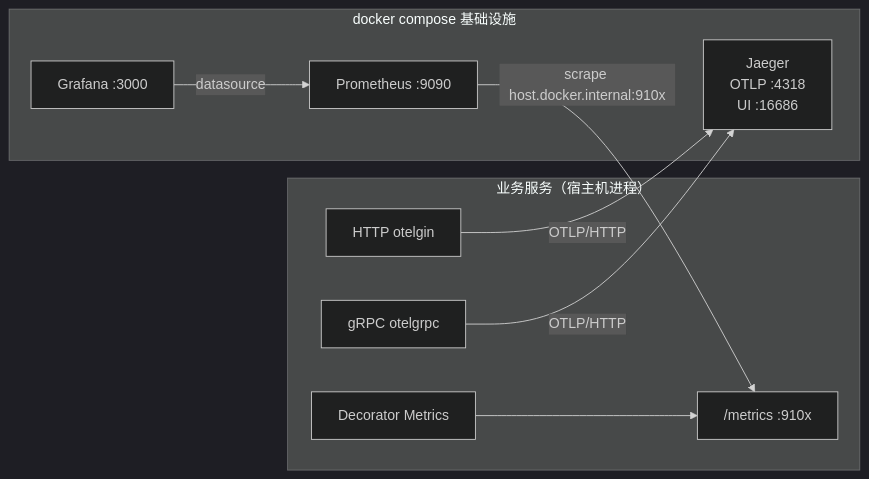
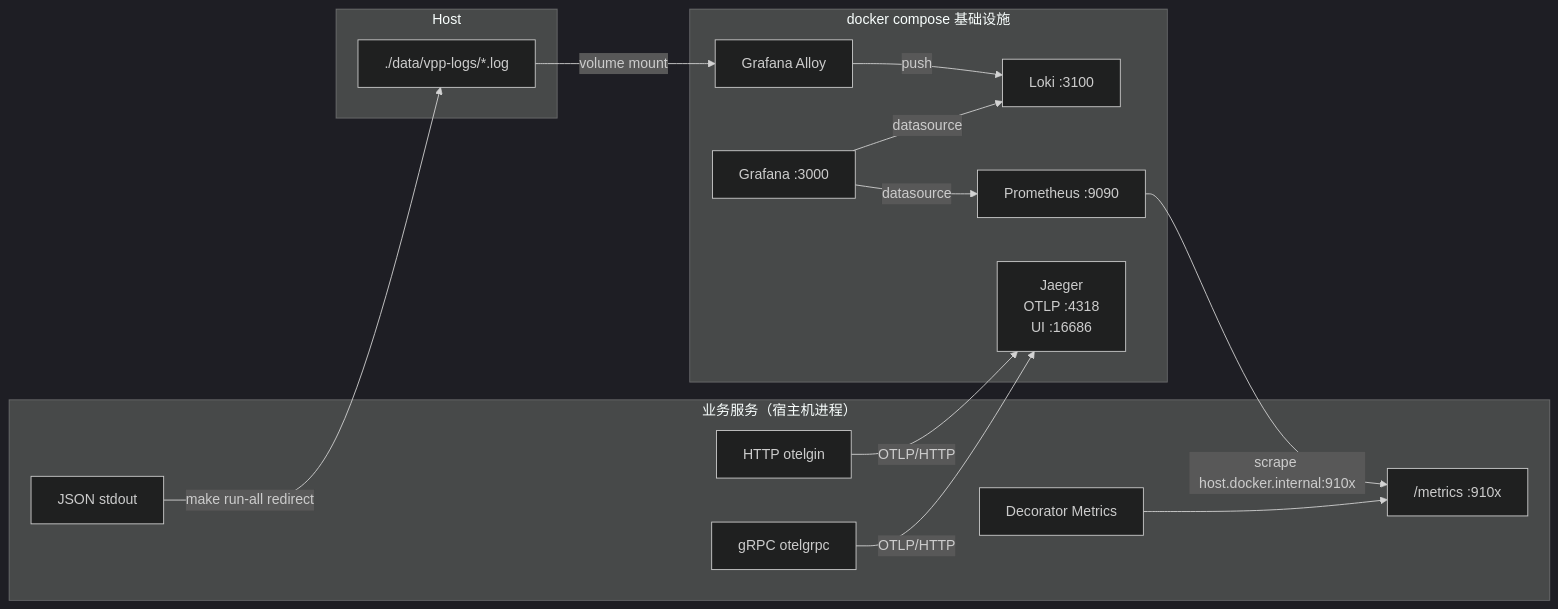
Before and after one commit to mushroomyuan/vpp-backend: the first of 3 diagrams in observability.md, drawn with Mermaid (dark theme). The commit also changed other lines of this file and 53 other files, not shown here.

````diff
--- a/observability.md
+++ b/observability.md
@@ -18,21 +18,32 @@
 ```mermaid
 flowchart LR
   subgraph App["业务服务（宿主机进程）"]
     HTTP["HTTP otelgin"]
     GRPC["gRPC otelgrpc"]
     Dec["Decorator Metrics"]
+    Log["JSON stdout"]
     Exp["/metrics :910x"]
+  end
+
+  subgraph Host["Host"]
+    Files["./data/vpp-logs/*.log"]
   end
 
   subgraph Compose["docker compose 基础设施"]
     Jaeger["Jaeger<br/>OTLP :4318<br/>UI :16686"]
     Prom["Prometheus :9090"]
+    Alloy["Grafana Alloy"]
+    Loki["Loki :3100"]
     Graf["Grafana :3000"]
   end
 
   HTTP -->|OTLP/HTTP| Jaeger
   GRPC -->|OTLP/HTTP| Jaeger
   Dec --> Exp
+  Log -->|make run-all redirect| Files
+  Files -->|volume mount| Alloy
+  Alloy -->|push| Loki
   Prom -->|scrape host.docker.internal:910x| Exp
   Graf -->|datasource| Prom
+  Graf -->|datasource| Loki
 ```
````
